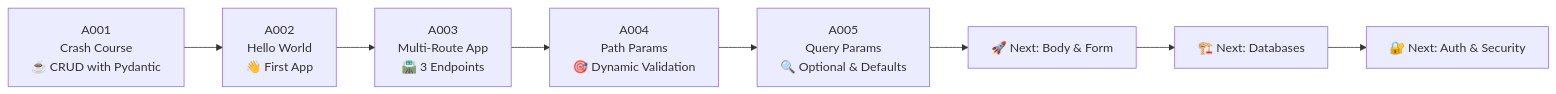
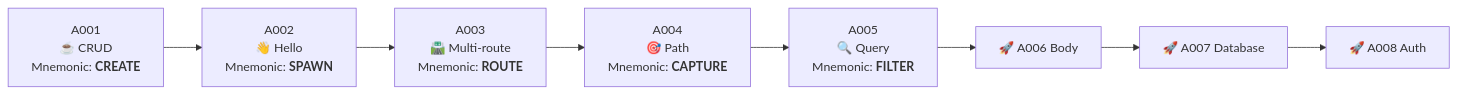
One commit to Adnan-Umar/FastAPI changed the diagram in README.md. Above: the diagram before and after it, drawn with Mermaid. The commit also changed other lines of this file and 5 other files, not shown here.

````diff
--- a/README.md
+++ b/README.md
@@ -65,10 +129,10 @@
 ```mermaid
 flowchart LR
-    A[A001<br/>Crash Course<br/>☕ CRUD with Pydantic] --> B[A002<br/>Hello World<br/>👋 First App]
-    B --> C[A003<br/>Multi-Route App<br/>🛣️ 3 Endpoints]
-    C --> D[A004<br/>Path Params<br/>🎯 Dynamic Validation]
-    D --> E[A005<br/>Query Params<br/>🔍 Optional & Defaults]
-    E --> F[🚀 Next: Body & Form]
-    F --> G[🏗️ Next: Databases]
-    G --> H[🔐 Next: Auth & Security]
+    A["A001<br/>☕ CRUD<br/>Mnemonic: <b>CREATE</b>"] --> B["A002<br/>👋 Hello<br/>Mnemonic: <b>SPAWN</b>"]
+    B --> C["A003<br/>🛣️ Multi-route<br/>Mnemonic: <b>ROUTE</b>"]
+    C --> D["A004<br/>🎯 Path<br/>Mnemonic: <b>CAPTURE</b>"]
+    D --> E["A005<br/>🔍 Query<br/>Mnemonic: <b>FILTER</b>"]
+    E --> F["🚀 A006 Body"]
+    F --> G["🚀 A007 Database"]
+    G --> H["🚀 A008 Auth"]
 ```
````
